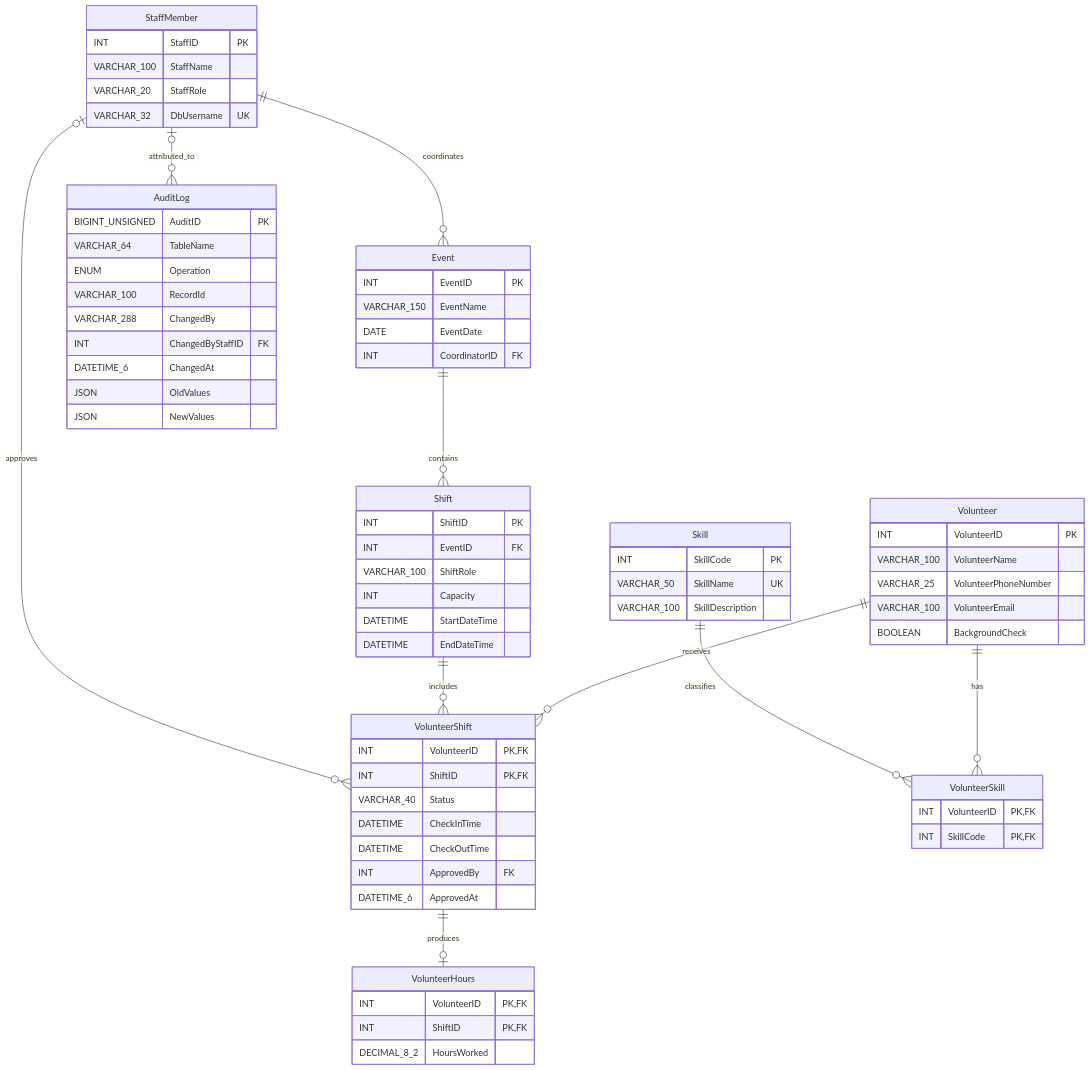
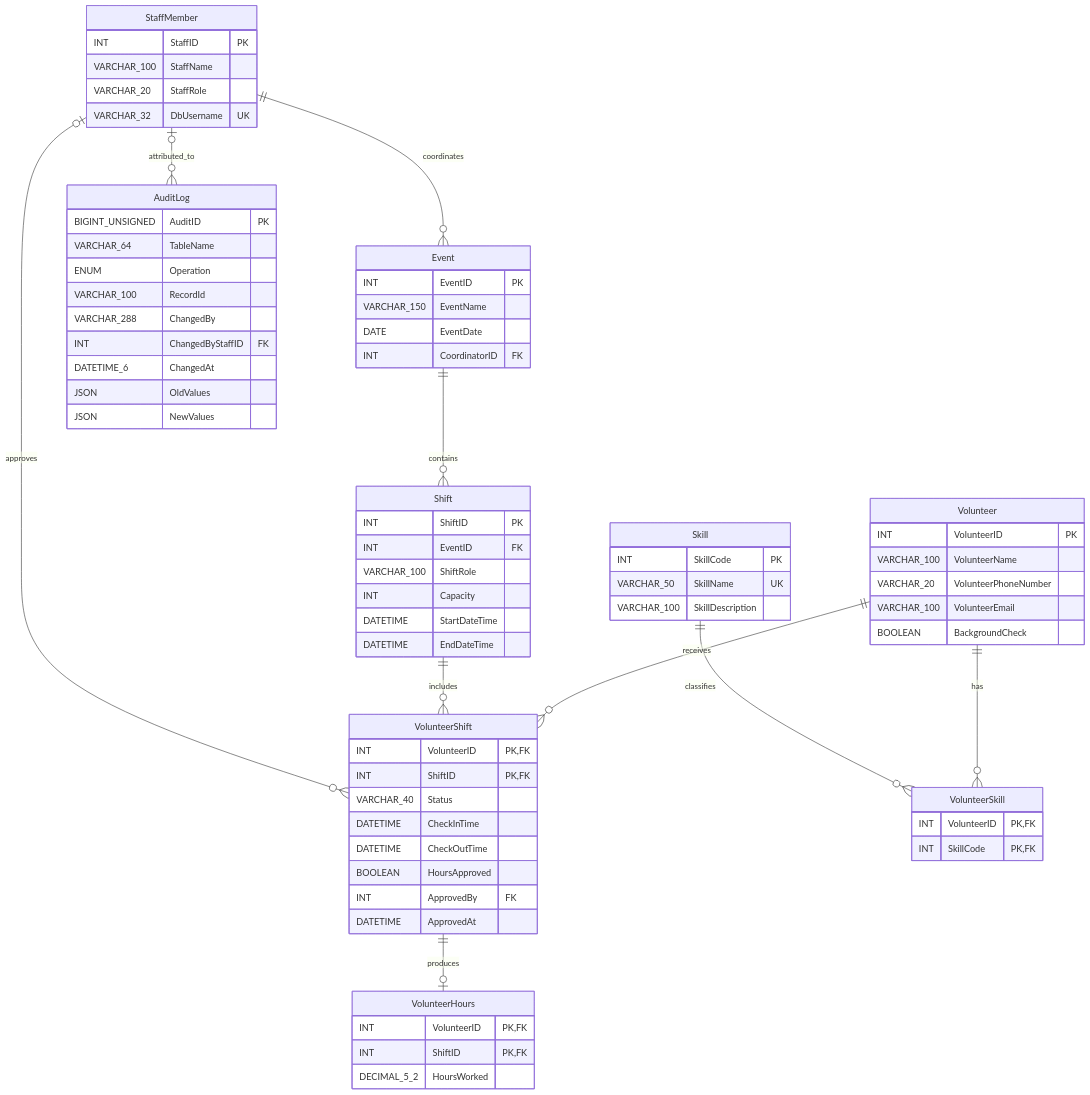
One commit to parraxc/Volunteer-and-Community-Service-Management-System changed the fourth of 4 diagrams in Technical Design Document.md. Above: the diagram before and after it, drawn with Mermaid. The commit also changed other lines of this file and 30 other files, not shown here.

First line of the commit message:
Complete reports, acceptance tests, and ER diagrams

````diff
--- a/Technical Design Document.md
+++ b/Technical Design Document.md
@@ -133,73 +133,74 @@
 ```mermaid
 erDiagram
     StaffMember {
         INT StaffID PK
         VARCHAR_100 StaffName
         VARCHAR_20 StaffRole
         VARCHAR_32 DbUsername UK
     }
     Event {
         INT EventID PK
         VARCHAR_150 EventName
         DATE EventDate
         INT CoordinatorID FK
     }
     Shift {
         INT ShiftID PK
         INT EventID FK
         VARCHAR_100 ShiftRole
         INT Capacity
         DATETIME StartDateTime
         DATETIME EndDateTime
     }
     Volunteer {
         INT VolunteerID PK
         VARCHAR_100 VolunteerName
-        VARCHAR_25 VolunteerPhoneNumber
+        VARCHAR_20 VolunteerPhoneNumber
         VARCHAR_100 VolunteerEmail
         BOOLEAN BackgroundCheck
     }
     VolunteerShift {
         INT VolunteerID PK, FK
         INT ShiftID PK, FK
         VARCHAR_40 Status
         DATETIME CheckInTime
         DATETIME CheckOutTime
+        BOOLEAN HoursApproved
         INT ApprovedBy FK
-        DATETIME_6 ApprovedAt
+        DATETIME ApprovedAt
     }
     VolunteerHours {
         INT VolunteerID PK, FK
         INT ShiftID PK, FK
-        DECIMAL_8_2 HoursWorked
+        DECIMAL_5_2 HoursWorked
     }
     Skill {
         INT SkillCode PK
         VARCHAR_50 SkillName UK
         VARCHAR_100 SkillDescription
     }
     VolunteerSkill {
         INT VolunteerID PK, FK
         INT SkillCode PK, FK
     }
     AuditLog {
         BIGINT_UNSIGNED AuditID PK
         VARCHAR_64 TableName
         ENUM Operation
         VARCHAR_100 RecordId
         VARCHAR_288 ChangedBy
         INT ChangedByStaffID FK
         DATETIME_6 ChangedAt
         JSON OldValues
         JSON NewValues
     }
     StaffMember ||--o{ Event : coordinates
     Event ||--o{ Shift : contains
     Volunteer ||--o{ VolunteerShift : receives
     Shift ||--o{ VolunteerShift : includes
     VolunteerShift ||--o| VolunteerHours : produces
     StaffMember o|--o{ VolunteerShift : approves
     Volunteer ||--o{ VolunteerSkill : has
     Skill ||--o{ VolunteerSkill : classifies
     StaffMember o|--o{ AuditLog : attributed_to
 ```
````
